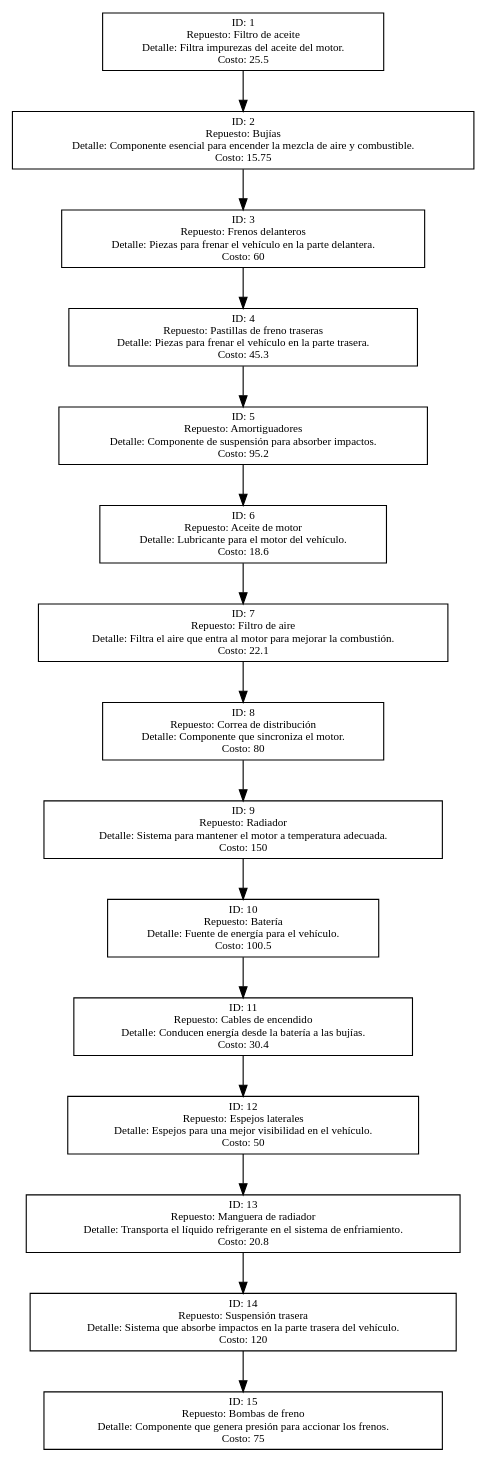
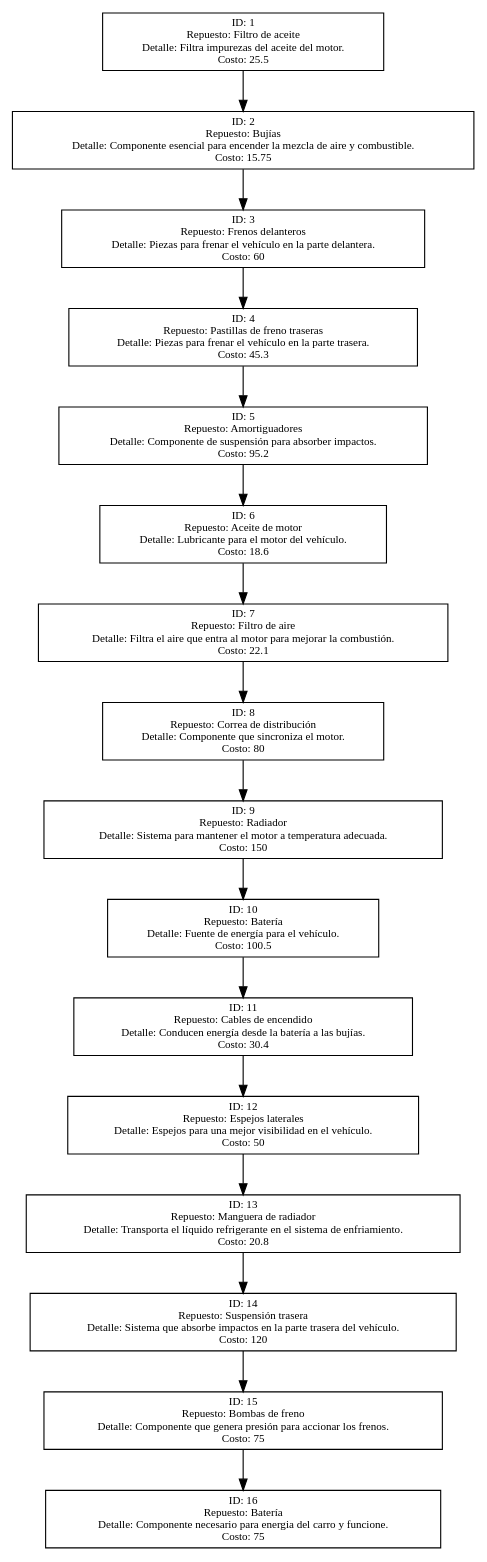
The diagram in Fase2/bin/Debug/net9.0/reportedot/BSL.dot (CarlosdelCidUSAC/EDD-1S2025_202300625), drawn with Graphviz before and after one commit. The commit also changed 22 other files, not shown here.

Commit message:
Creacion del espacio de trabajo para el proyecto fase 3

```diff
--- a/Fase2/bin/Debug/net9.0/reportedot/BSL.dot
+++ b/Fase2/bin/Debug/net9.0/reportedot/BSL.dot
@@ -1,17 +1,18 @@
 digraph G {
 node [shape=record, fontsize=10];
 "ID: 1 \n Repuesto: Filtro de aceite \n Detalle: Filtra impurezas del aceite del motor. \n Costo: 25.5" -> "ID: 2 \n Repuesto: Bujías \n Detalle: Componente esencial para encender la mezcla de aire y combustible. \n Costo: 15.75";
 "ID: 2 \n Repuesto: Bujías \n Detalle: Componente esencial para encender la mezcla de aire y combustible. \n Costo: 15.75" -> "ID: 3 \n Repuesto: Frenos delanteros \n Detalle: Piezas para frenar el vehículo en la parte delantera. \n Costo: 60";
 "ID: 3 \n Repuesto: Frenos delanteros \n Detalle: Piezas para frenar el vehículo en la parte delantera. \n Costo: 60" -> "ID: 4 \n Repuesto: Pastillas de freno traseras \n Detalle: Piezas para frenar el vehículo en la parte trasera. \n Costo: 45.3";
 "ID: 4 \n Repuesto: Pastillas de freno traseras \n Detalle: Piezas para frenar el vehículo en la parte trasera. \n Costo: 45.3" -> "ID: 5 \n Repuesto: Amortiguadores \n Detalle: Componente de suspensión para absorber impactos. \n Costo: 95.2";
 "ID: 5 \n Repuesto: Amortiguadores \n Detalle: Componente de suspensión para absorber impactos. \n Costo: 95.2" -> "ID: 6 \n Repuesto: Aceite de motor \n Detalle: Lubricante para el motor del vehículo. \n Costo: 18.6";
 "ID: 6 \n Repuesto: Aceite de motor \n Detalle: Lubricante para el motor del vehículo. \n Costo: 18.6" -> "ID: 7 \n Repuesto: Filtro de aire \n Detalle: Filtra el aire que entra al motor para mejorar la combustión. \n Costo: 22.1";
 "ID: 7 \n Repuesto: Filtro de aire \n Detalle: Filtra el aire que entra al motor para mejorar la combustión. \n Costo: 22.1" -> "ID: 8 \n Repuesto: Correa de distribución \n Detalle: Componente que sincroniza el motor. \n Costo: 80";
 "ID: 8 \n Repuesto: Correa de distribución \n Detalle: Componente que sincroniza el motor. \n Costo: 80" -> "ID: 9 \n Repuesto: Radiador \n Detalle: Sistema para mantener el motor a temperatura adecuada. \n Costo: 150";
 "ID: 9 \n Repuesto: Radiador \n Detalle: Sistema para mantener el motor a temperatura adecuada. \n Costo: 150" -> "ID: 10 \n Repuesto: Batería \n Detalle: Fuente de energía para el vehículo. \n Costo: 100.5";
 "ID: 10 \n Repuesto: Batería \n Detalle: Fuente de energía para el vehículo. \n Costo: 100.5" -> "ID: 11 \n Repuesto: Cables de encendido \n Detalle: Conducen energía desde la batería a las bujías. \n Costo: 30.4";
 "ID: 11 \n Repuesto: Cables de encendido \n Detalle: Conducen energía desde la batería a las bujías. \n Costo: 30.4" -> "ID: 12 \n Repuesto: Espejos laterales \n Detalle: Espejos para una mejor visibilidad en el vehículo. \n Costo: 50";
 "ID: 12 \n Repuesto: Espejos laterales \n Detalle: Espejos para una mejor visibilidad en el vehículo. \n Costo: 50" -> "ID: 13 \n Repuesto: Manguera de radiador \n Detalle: Transporta el líquido refrigerante en el sistema de enfriamiento. \n Costo: 20.8";
 "ID: 13 \n Repuesto: Manguera de radiador \n Detalle: Transporta el líquido refrigerante en el sistema de enfriamiento. \n Costo: 20.8" -> "ID: 14 \n Repuesto: Suspensión trasera \n Detalle: Sistema que absorbe impactos en la parte trasera del vehículo. \n Costo: 120";
 "ID: 14 \n Repuesto: Suspensión trasera \n Detalle: Sistema que absorbe impactos en la parte trasera del vehículo. \n Costo: 120" -> "ID: 15 \n Repuesto: Bombas de freno \n Detalle: Componente que genera presión para accionar los frenos. \n Costo: 75";
+"ID: 15 \n Repuesto: Bombas de freno \n Detalle: Componente que genera presión para accionar los frenos. \n Costo: 75" -> "ID: 16 \n Repuesto: Batería \n Detalle: Componente necesario para energia del carro y funcione. \n Costo: 75";
 }
```
